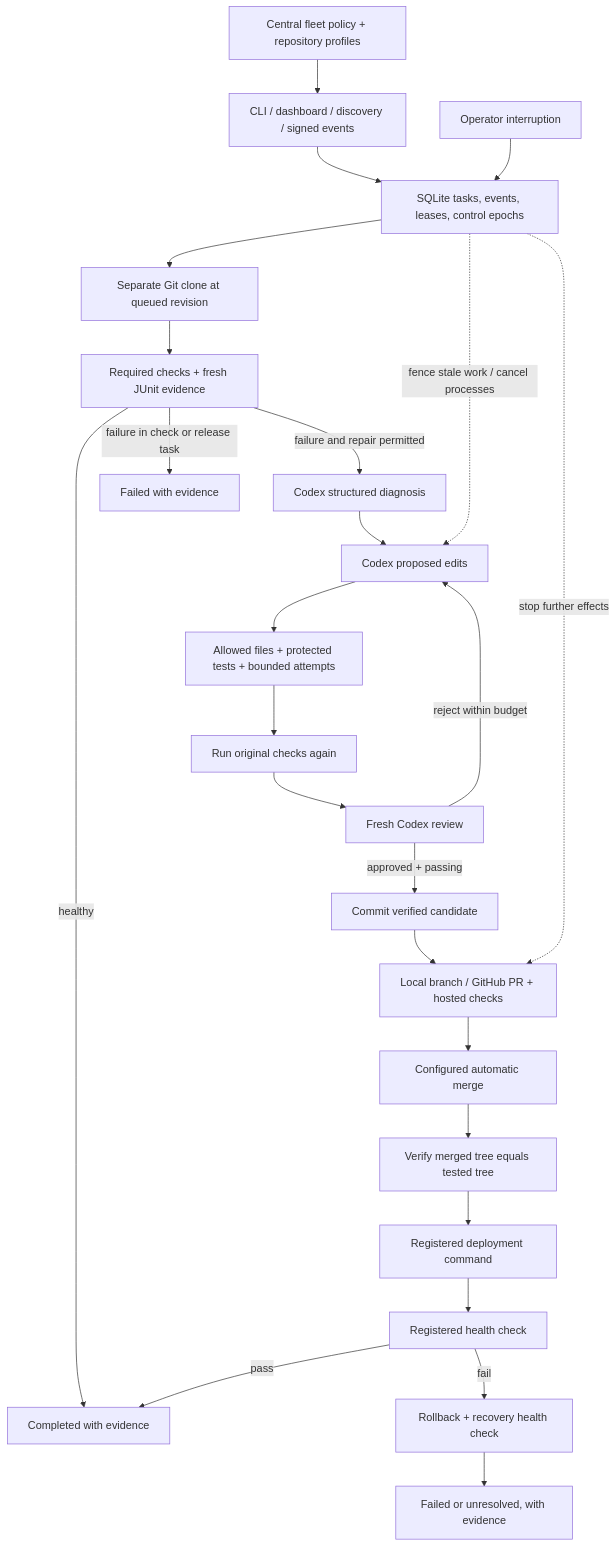
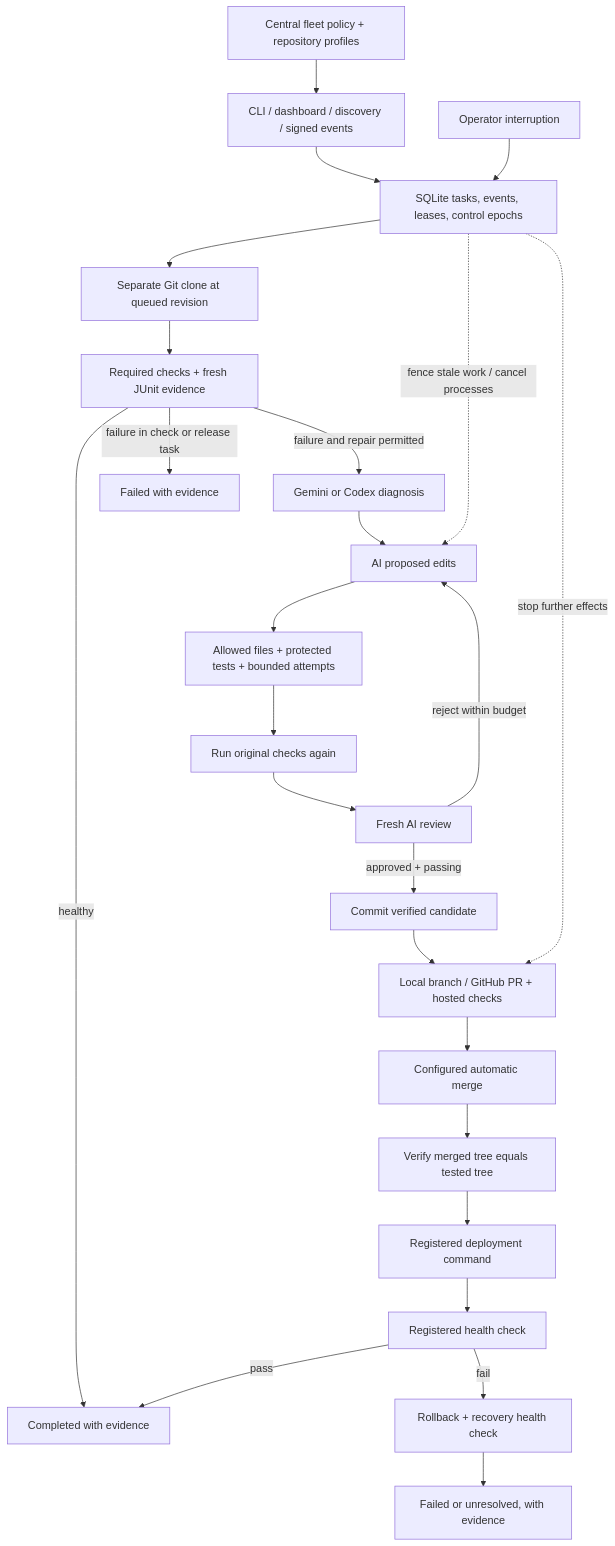
Before and after one commit to AmRitJain0442/katydid: the diagram in README.md, drawn with Mermaid. The commit also changed other lines of this file and 1 other file, not shown here.

````diff
--- a/README.md
+++ b/README.md
@@ -41,27 +57,27 @@
 ```mermaid
 flowchart TD
     Registry[Central fleet policy + repository profiles] --> Dispatch[CLI / dashboard / discovery / signed events]
     Dispatch --> Queue[SQLite tasks, events, leases, control epochs]
     Queue --> Clone[Separate Git clone at queued revision]
     Clone --> Baseline[Required checks + fresh JUnit evidence]
     Baseline -->|healthy| Complete[Completed with evidence]
-    Baseline -->|failure and repair permitted| Diagnose[Codex structured diagnosis]
+    Baseline -->|failure and repair permitted| Diagnose[Gemini or Codex diagnosis]
     Baseline -->|failure in check or release task| Failed[Failed with evidence]
-    Diagnose --> Repair[Codex proposed edits]
+    Diagnose --> Repair[AI proposed edits]
     Repair --> Policy[Allowed files + protected tests + bounded attempts]
     Policy --> Verify[Run original checks again]
-    Verify --> Review[Fresh Codex review]
+    Verify --> Review[Fresh AI review]
     Review -->|approved + passing| Commit[Commit verified candidate]
     Review -->|reject within budget| Repair
     Commit --> Delivery[Local branch / GitHub PR + hosted checks]
     Delivery --> Merge[Configured automatic merge]
     Merge --> Identity[Verify merged tree equals tested tree]
     Identity --> Deploy[Registered deployment command]
     Deploy --> Health[Registered health check]
     Health -->|pass| Complete
     Health -->|fail| Rollback[Rollback + recovery health check]
     Rollback --> Failure[Failed or unresolved, with evidence]
     Human[Operator interruption] --> Queue
     Queue -. fence stale work / cancel processes .-> Repair
     Queue -. stop further effects .-> Delivery
 ```
````
